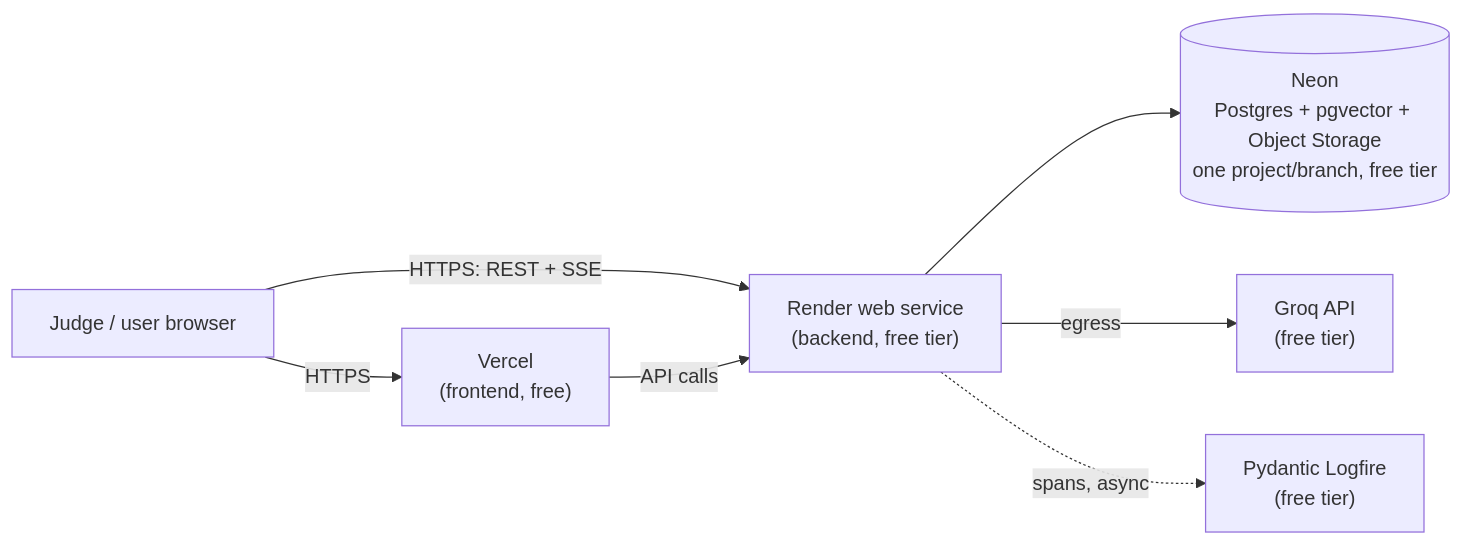
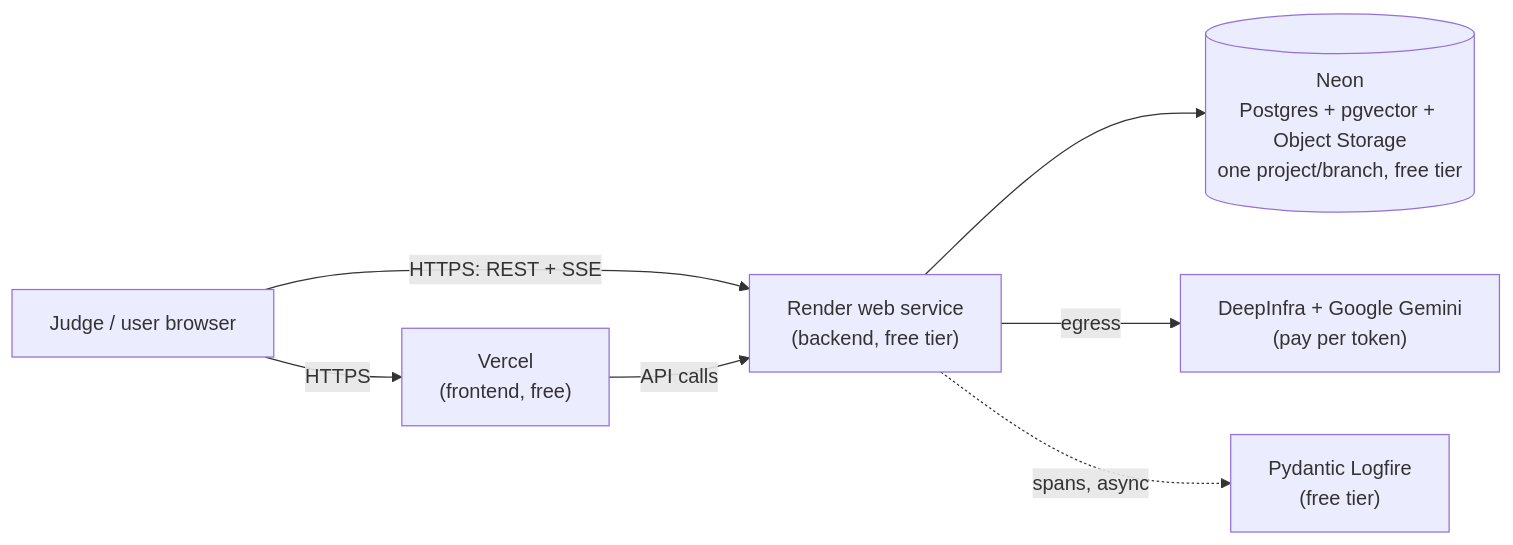
One commit to suryaansh2002/ryde-dispute-resolution-tencent changed the fourth of 4 diagrams in docs/RydeResolve-System-Design.md. Above: the diagram before and after it, drawn with Mermaid. The commit also changed other lines of this file and 27 other files, not shown here.

````diff
--- a/docs/RydeResolve-System-Design.md
+++ b/docs/RydeResolve-System-Design.md
@@ -396,9 +396,9 @@
 ```mermaid
 flowchart LR
     U["Judge / user browser"] -->|HTTPS| VER["Vercel\n(frontend, free)"]
     U -->|HTTPS: REST + SSE| REN["Render web service\n(backend, free tier)"]
     VER -->|API calls| REN
     REN --> NEON[(Neon\nPostgres + pgvector + Object Storage\none project/branch, free tier)]
-    REN -->|egress| GROQ["Groq API\n(free tier)"]
+    REN -->|egress| MODELS["DeepInfra + Google Gemini\n(pay per token)"]
     REN -.->|spans, async| LOGFIRE["Pydantic Logfire\n(free tier)"]
 ```
````
